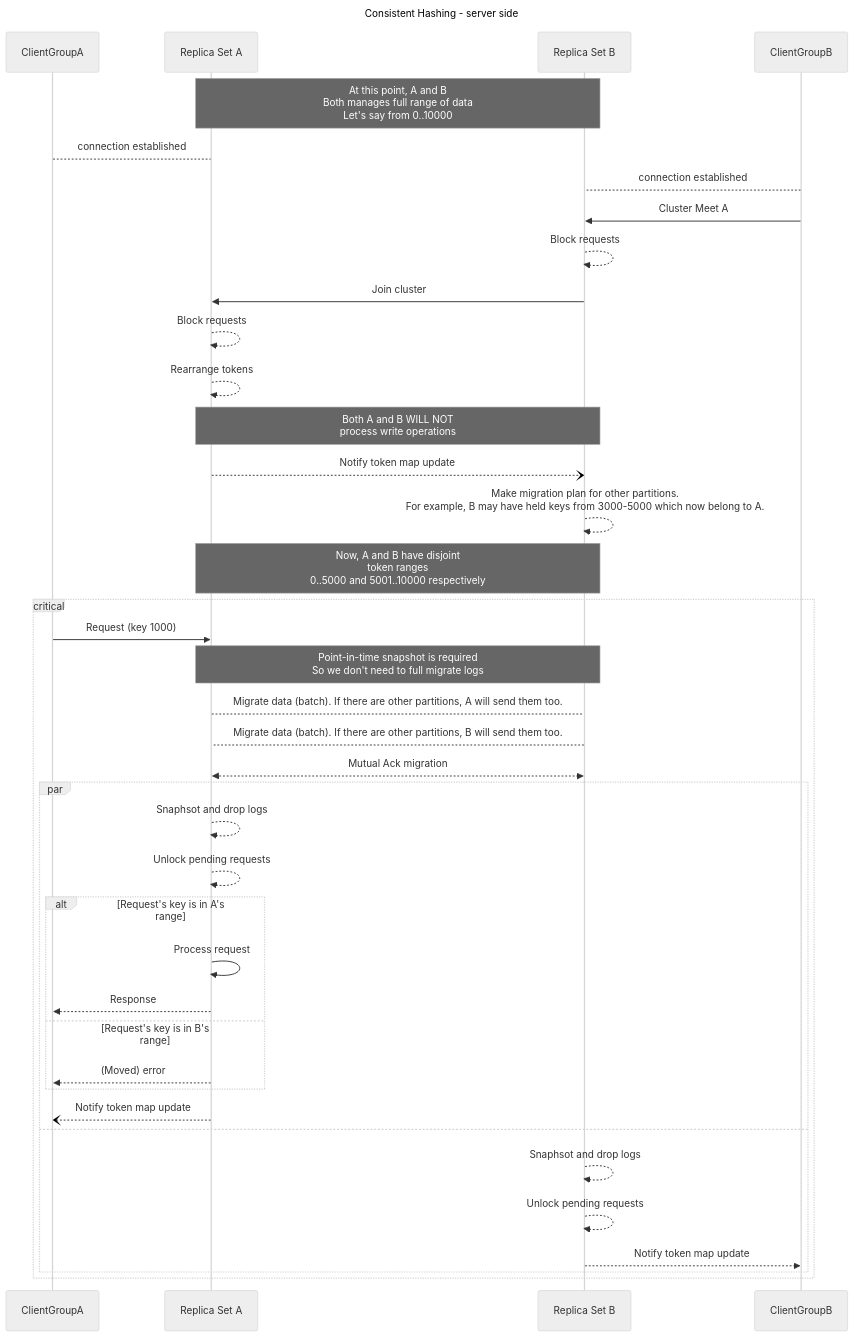
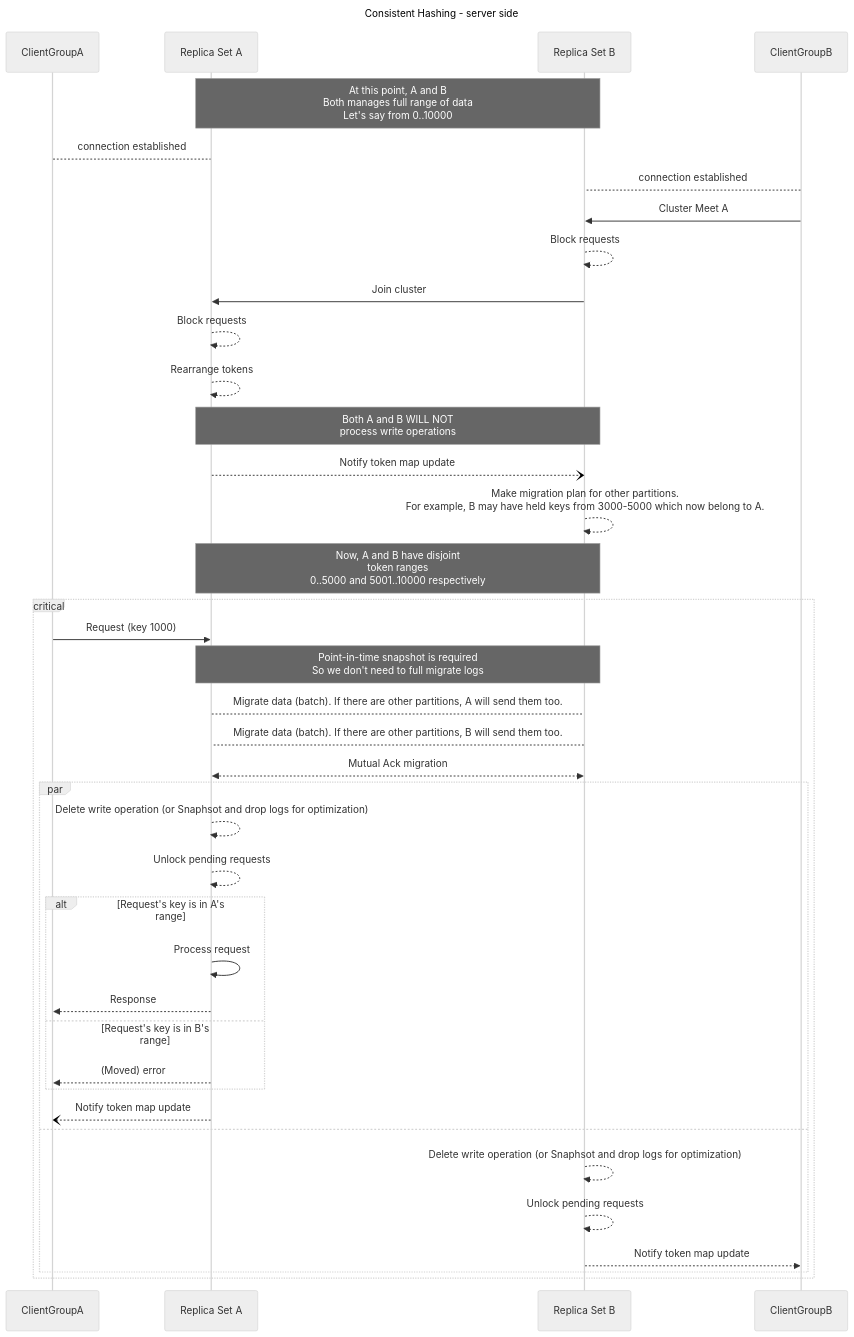
The diagram in diagrams/consistent-hashing-server.mmd (Migorithm/duva), drawn with Mermaid (neutral theme) before and after one commit. The commit also changed 3 other files, not shown here.

```diff
--- a/diagrams/consistent-hashing-server.mmd
+++ b/diagrams/consistent-hashing-server.mmd
@@ -1,66 +1,66 @@
 ---
 title: Consistent Hashing - server side
 ---
 sequenceDiagram
     participant C1 as ClientGroupA
     
     participant A as Replica Set A
     participant B as Replica Set B
     
     participant C2 as ClientGroupB
 
 
     Note over A,B : At this point, A and B<br>Both manages full range of data<br>Let's say from 0..10000
     
     C1 --> A: connection established
     C2 --> B: connection established
 
     C2 ->> B: Cluster Meet A
 
     B -->> B : Block requests
     B ->> A : Join cluster
     A -->> A: Block requests
     A -->> A: Rearrange tokens
 
     note over A,B : Both A and B WILL NOT<br>process write operations
 
     
     
     
 
     
     A --) B : Notify token map update
     B -->> B : Make migration plan for other partitions.<br>For example, B may have held keys from 3000-5000 which now belong to A.
 
 
     
 
     Note over A,B: Now, A and B have disjoint<br>token ranges<br>0..5000 and 5001..10000 respectively
 
     critical 
     C1 ->> A: Request (key 1000)
 
         Note over A, B: Point-in-time snapshot is required<br>So we don't need to full migrate logs
         
         A --> B: Migrate data (batch). If there are other partitions, A will send them too.
         B --> A: Migrate data (batch). If there are other partitions, B will send them too.
 
         %% The following may involves multi step migrations depending on the size of data
         B <<-->> A: Mutual Ack migration
 
         par 
-            A -->> A: Snaphsot and drop logs
+            A -->> A: Delete write operation (or Snaphsot and drop logs for optimization)
             A -->> A: Unlock pending requests
             alt Request's key is in A's range
                 A ->> A: Process request
                 A -->> C1: Response
             else Request's key is in B's range
                 A -->> C1: (Moved) error
             end
             A --) C1 : Notify token map update
         and
-            B -->> B: Snaphsot and drop logs
+            B -->> B: Delete write operation (or Snaphsot and drop logs for optimization)
             B -->> B: Unlock pending requests
             B -->> C2 : Notify token map update
         end
     end
```
